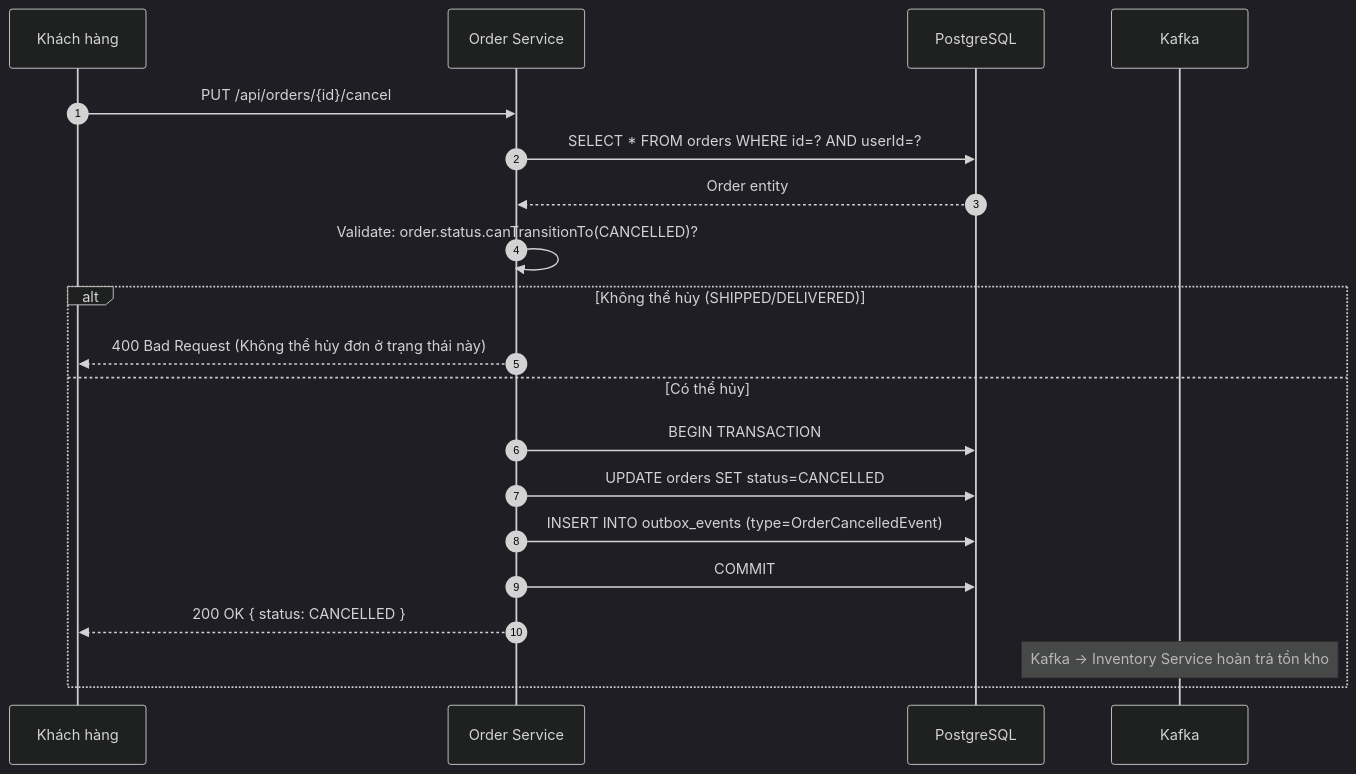
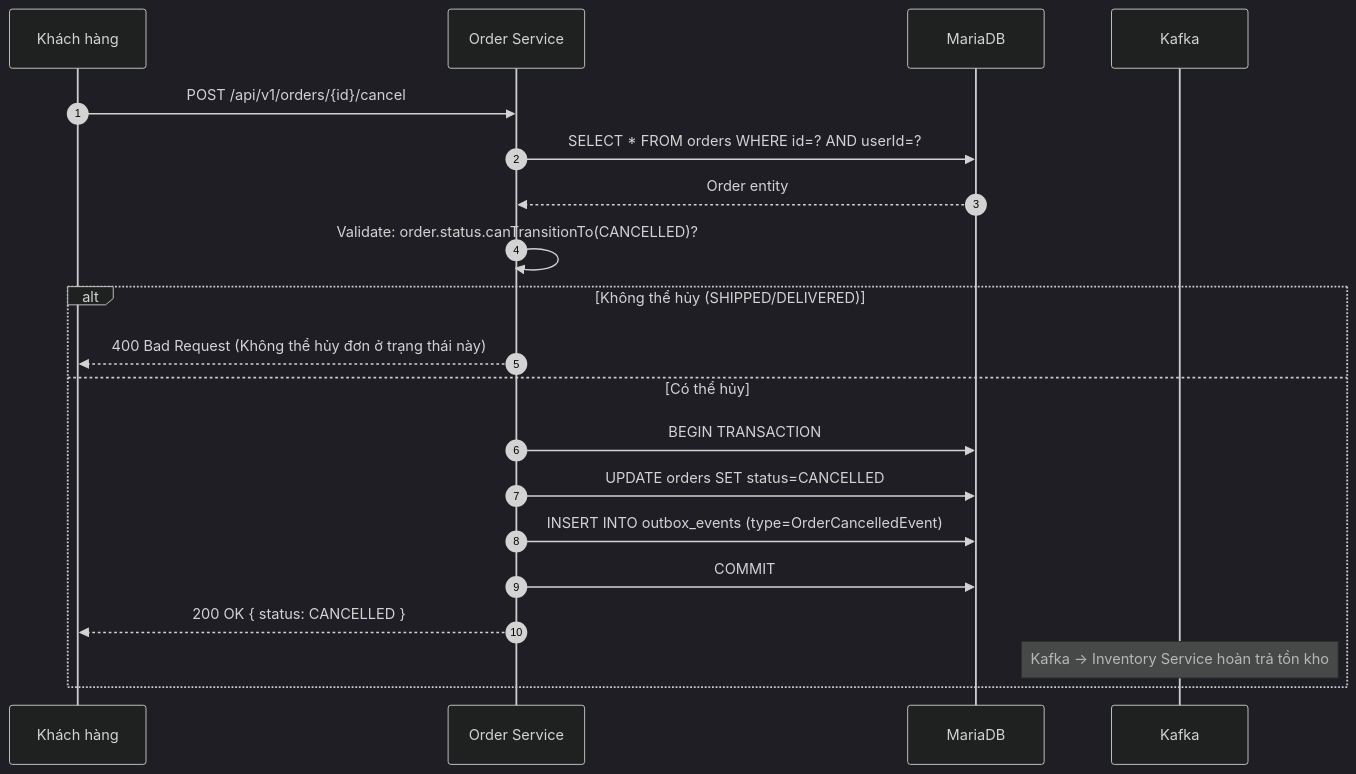
The third of 6 diagrams in docs/services/03_CART_ORDER_SERVICE.md (Thuannd24/Graduation-Project), drawn with Mermaid (dark theme) before and after one commit. The commit also changed other lines of this file and 19 other files, not shown here.

````diff
--- a/docs/services/03_CART_ORDER_SERVICE.md
+++ b/docs/services/03_CART_ORDER_SERVICE.md
@@ -244,23 +253,23 @@
 ```mermaid
 sequenceDiagram
     autonumber
     participant User as Khách hàng
     participant OS as Order Service
-    participant DB as PostgreSQL
+    participant DB as MariaDB
     participant Kafka as Kafka
 
-    User->>OS: PUT /api/orders/{id}/cancel
+    User->>OS: POST /api/v1/orders/{id}/cancel
     OS->>DB: SELECT * FROM orders WHERE id=? AND userId=?
     DB-->>OS: Order entity
     OS->>OS: Validate: order.status.canTransitionTo(CANCELLED)?
     alt Không thể hủy (SHIPPED/DELIVERED)
         OS-->>User: 400 Bad Request (Không thể hủy đơn ở trạng thái này)
     else Có thể hủy
         OS->>DB: BEGIN TRANSACTION
         OS->>DB: UPDATE orders SET status=CANCELLED
         OS->>DB: INSERT INTO outbox_events (type=OrderCancelledEvent)
         OS->>DB: COMMIT
         OS-->>User: 200 OK { status: CANCELLED }
         Note over Kafka: Kafka → Inventory Service hoàn trả tồn kho
     end
 ```
````
